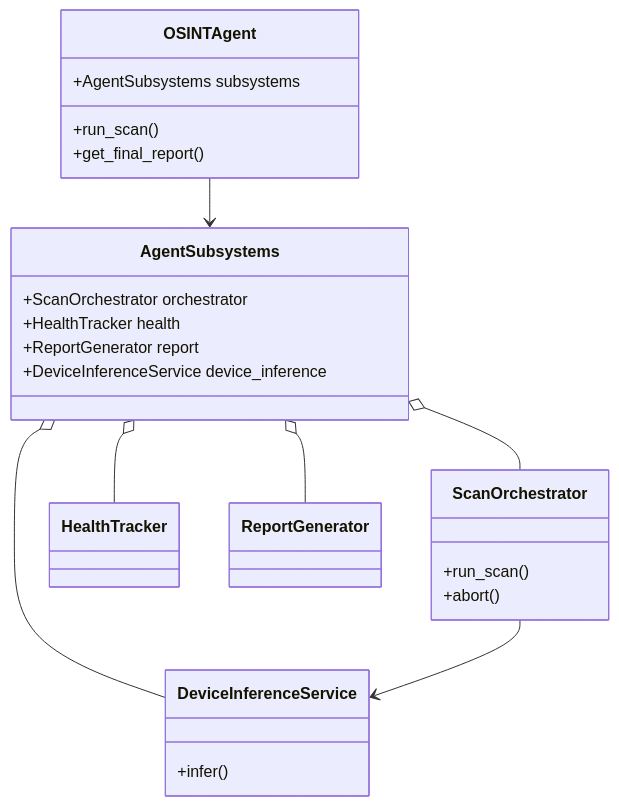
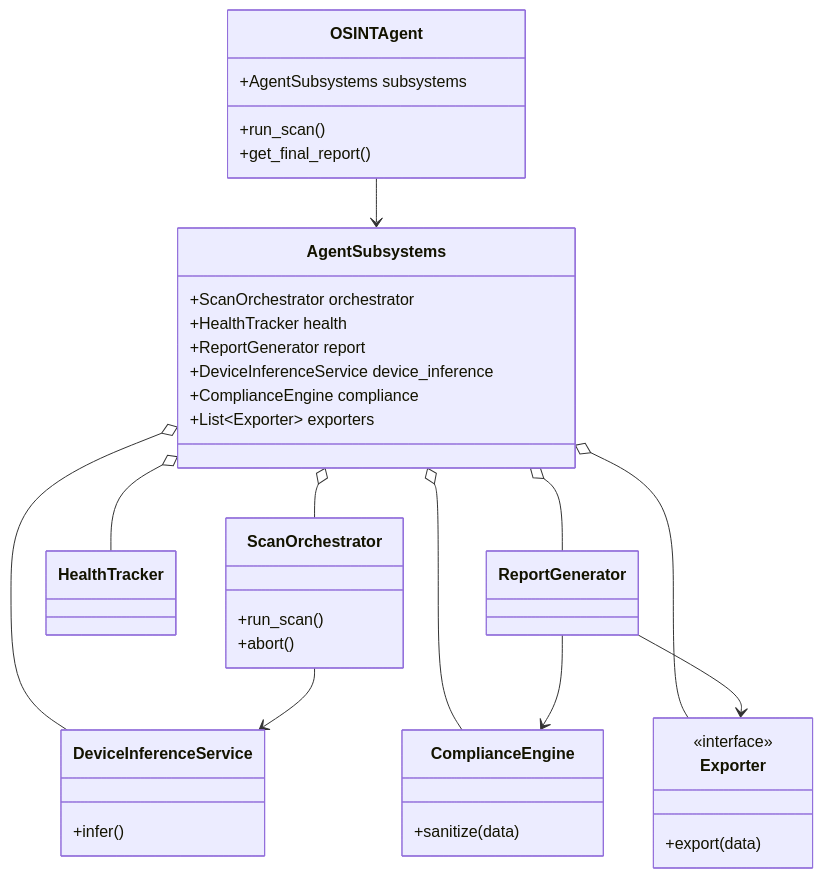
The diagram in docs/structure.mmd (FJ-cyberzilla/osint-nexus), drawn with Mermaid before and after one commit. The commit also changed 48 other files, not shown here.

```diff
--- a/docs/structure.mmd
+++ b/docs/structure.mmd
@@ -1,29 +1,44 @@
 classDiagram
     class OSINTAgent {
         +AgentSubsystems subsystems
         +run_scan()
         +get_final_report()
     }
     
     class AgentSubsystems {
         +ScanOrchestrator orchestrator
         +HealthTracker health
         +ReportGenerator report
         +DeviceInferenceService device_inference
+        +ComplianceEngine compliance
+        +List~Exporter~ exporters
     }
     
     class ScanOrchestrator {
         +run_scan()
         +abort()
     }
     
     class DeviceInferenceService {
         +infer()
     }
+
+    class ComplianceEngine {
+        +sanitize(data)
+    }
+
+    class Exporter {
+        <<interface>>
+        +export(data)
+    }
     
     OSINTAgent --> AgentSubsystems
     AgentSubsystems o-- ScanOrchestrator
     AgentSubsystems o-- HealthTracker
     AgentSubsystems o-- ReportGenerator
     AgentSubsystems o-- DeviceInferenceService
+    AgentSubsystems o-- ComplianceEngine
+    AgentSubsystems o-- Exporter
     ScanOrchestrator --> DeviceInferenceService
+    ReportGenerator --> ComplianceEngine
+    ReportGenerator --> Exporter
```
